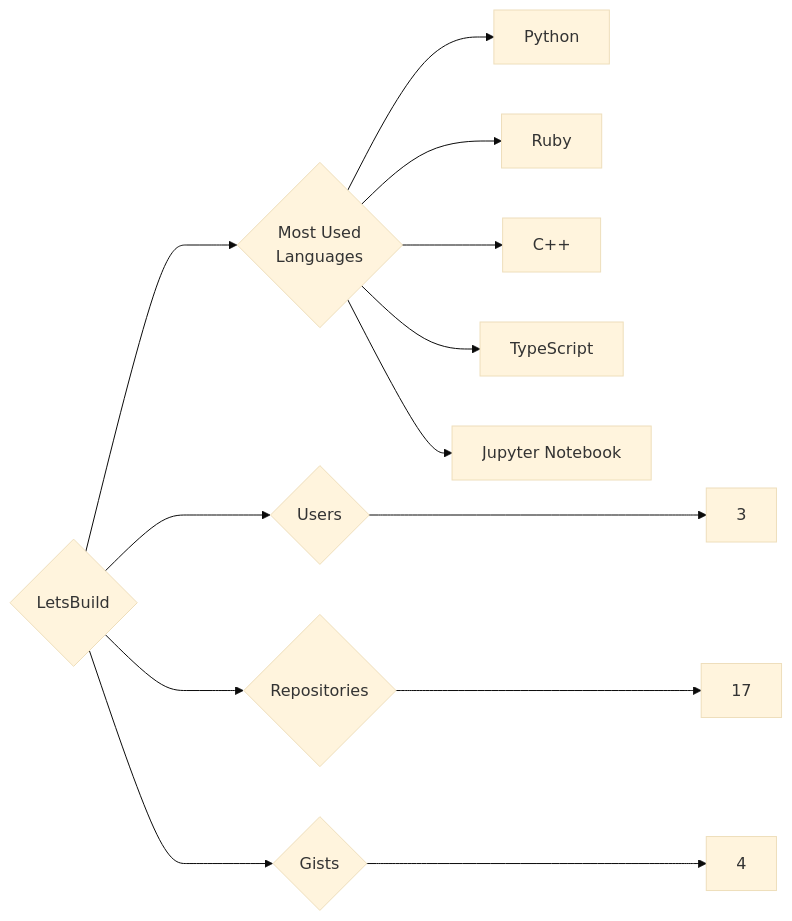
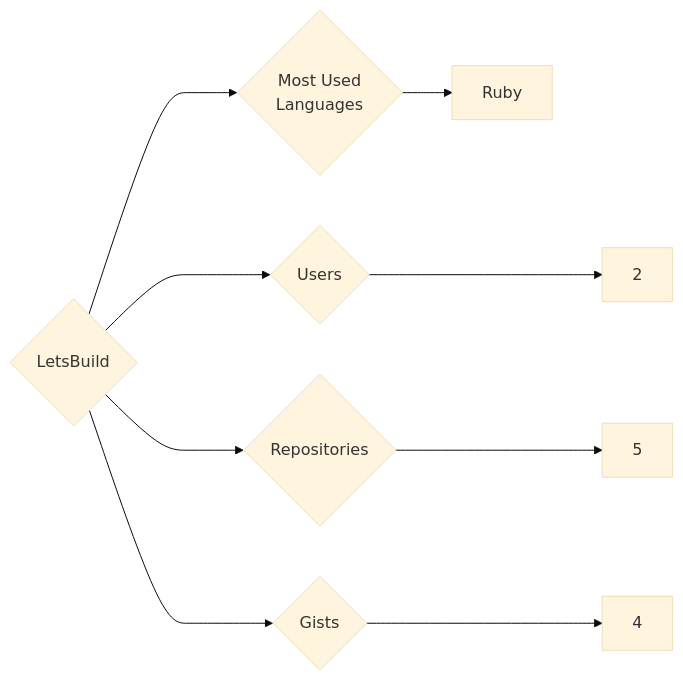
One commit to trickest/insiders changed the diagram in targets/LetsBuild/README.md. Above: the diagram before and after it, drawn with Mermaid (base theme). The commit also changed 916 other files, not shown here.

````diff
--- a/targets/LetsBuild/README.md
+++ b/targets/LetsBuild/README.md
@@ -3,13 +3,9 @@
 ```mermaid
 graph LR
 COMPANY_NAME{LetsBuild}
-COMPANY_NAME ---> U{Users} ---> UN[3]
-COMPANY_NAME ---> R{Repositories} ---> RN[17]
+COMPANY_NAME ---> U{Users} ---> UN[2]
+COMPANY_NAME ---> R{Repositories} ---> RN[5]
 COMPANY_NAME ---> G{Gists} ---> GN[4]
 COMPANY_NAME ---> ML{Most Used<br>Languages}
-ML --> Python[Python]
 ML --> Ruby[Ruby]
-ML --> C++[C++]
-ML --> TypeScript[TypeScript]
-ML --> Jupyter_Notebook[Jupyter Notebook]
 ```
````
